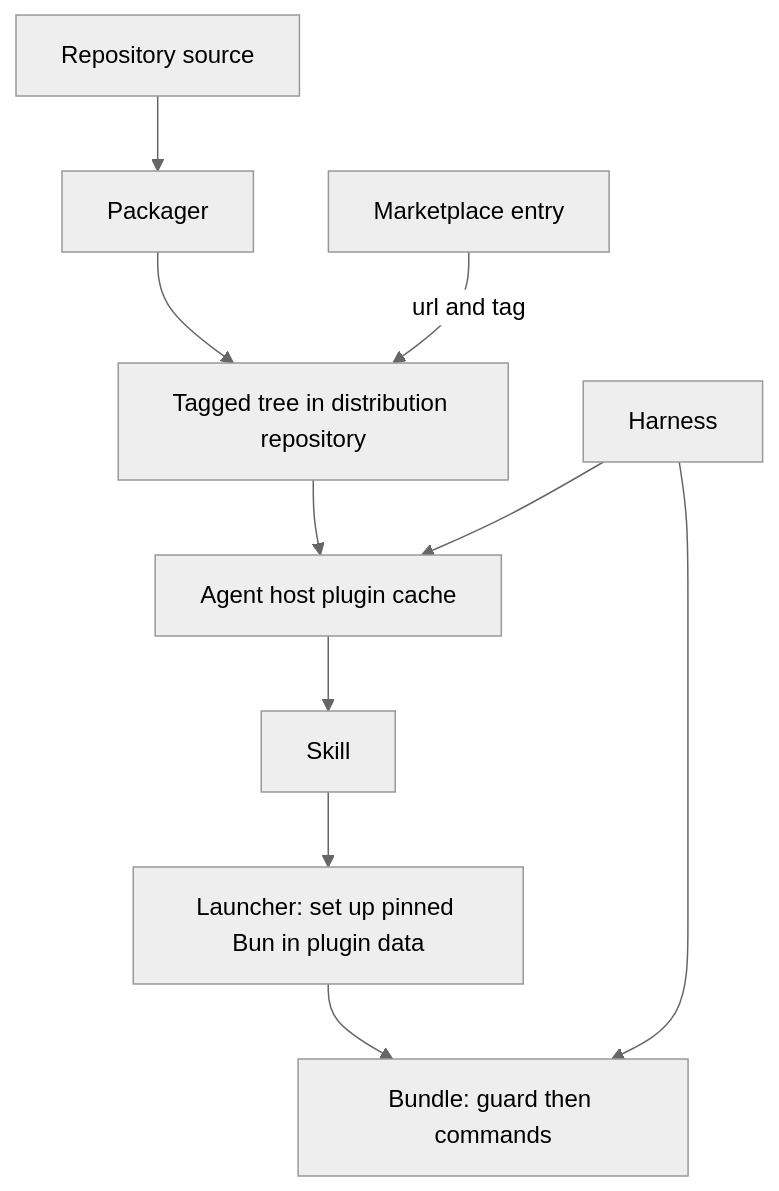
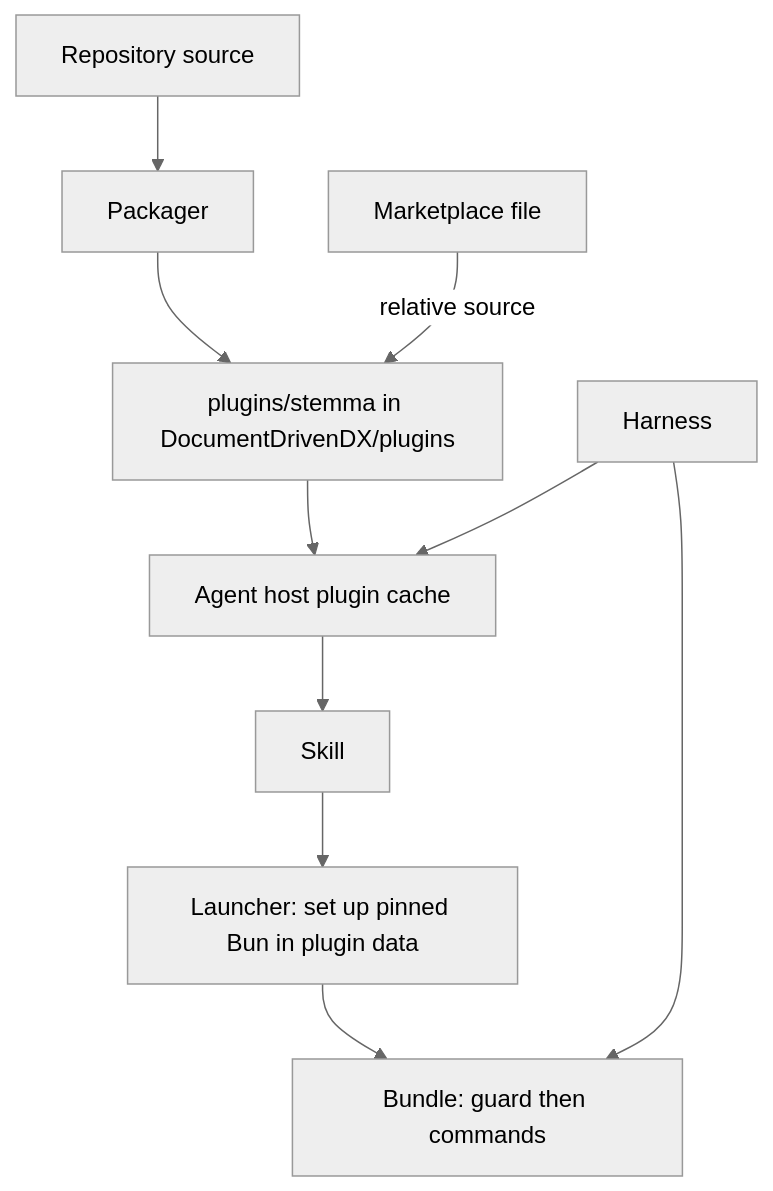
The second of 2 diagrams in docs/stemma/02-design/solution-designs/SD-010-plugin-skill-and-distribution.md (DocumentDrivenDX/stemma), drawn with Mermaid (neutral theme) before and after one commit. The commit also changed other lines of this file and 80 other files, not shown here.

First line of the commit message:
Evolve specs: source files in the repository, the capture-to-citation chain, and verification

````diff
--- a/docs/stemma/02-design/solution-designs/SD-010-plugin-skill-and-distribution.md
+++ b/docs/stemma/02-design/solution-designs/SD-010-plugin-skill-and-distribution.md
@@ -173,12 +176,12 @@
 ```mermaid
 graph TD
     Source["Repository source"] --> Packager
-    Packager --> Package["Tagged tree in distribution repository"]
-    Entry["Marketplace entry"] -->|"url and tag"| Package
+    Packager --> Package["plugins/stemma in DocumentDrivenDX/plugins"]
+    Entry["Marketplace file"] -->|"relative source"| Package
     Package --> Host["Agent host plugin cache"]
     Host --> Skill
     Skill --> Launcher["Launcher: set up pinned Bun in plugin data"]
     Launcher --> CLI["Bundle: guard then commands"]
     Harness --> Host
     Harness --> CLI
 ```
````
